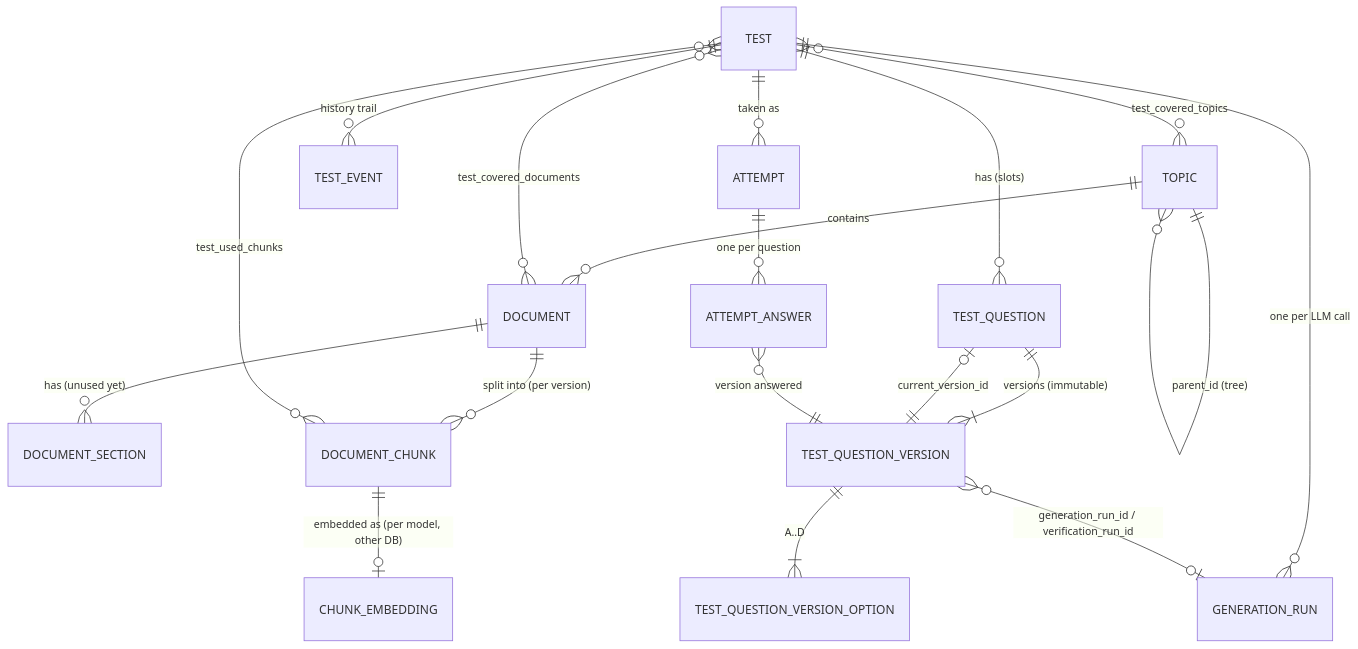
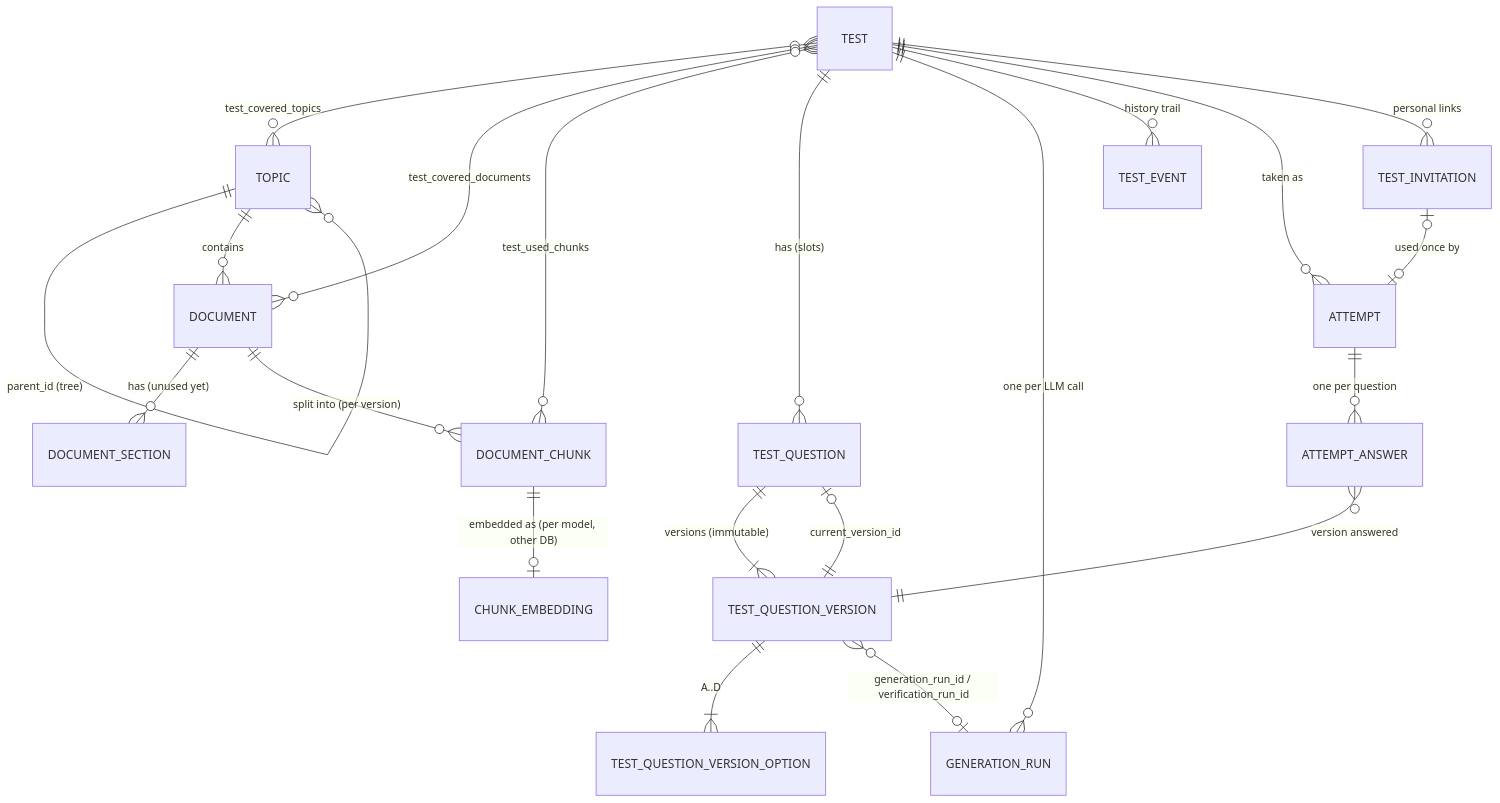
The second of 5 diagrams in docs/architecture/03-domain-model.md (irina981/know-gauge), drawn with Mermaid before and after one commit. The commit also changed other lines of this file and 73 other files, not shown here.

````diff
--- a/docs/architecture/03-domain-model.md
+++ b/docs/architecture/03-domain-model.md
@@ -37,21 +37,23 @@
 ```mermaid
 erDiagram
     TOPIC ||--o{ TOPIC : "parent_id (tree)"
     TOPIC ||--o{ DOCUMENT : contains
     DOCUMENT ||--o{ DOCUMENT_SECTION : "has (unused yet)"
     DOCUMENT ||--o{ DOCUMENT_CHUNK : "split into (per version)"
     DOCUMENT_CHUNK ||--o| CHUNK_EMBEDDING : "embedded as (per model, other DB)"
     TEST }o--o{ TOPIC : "test_covered_topics"
     TEST }o--o{ DOCUMENT : "test_covered_documents"
     TEST }o--o{ DOCUMENT_CHUNK : "test_used_chunks"
     TEST ||--o{ TEST_QUESTION : "has (slots)"
     TEST_QUESTION ||--|{ TEST_QUESTION_VERSION : "versions (immutable)"
     TEST_QUESTION |o--|| TEST_QUESTION_VERSION : "current_version_id"
     TEST_QUESTION_VERSION ||--|{ TEST_QUESTION_VERSION_OPTION : "A..D"
     TEST ||--o{ GENERATION_RUN : "one per LLM call"
     TEST_QUESTION_VERSION }o--o| GENERATION_RUN : "generation_run_id / verification_run_id"
     TEST ||--o{ TEST_EVENT : "history trail"
     TEST ||--o{ ATTEMPT : "taken as"
+    TEST ||--o{ TEST_INVITATION : "personal links"
+    TEST_INVITATION |o--o| ATTEMPT : "used once by"
     ATTEMPT ||--o{ ATTEMPT_ANSWER : "one per question"
     ATTEMPT_ANSWER }o--|| TEST_QUESTION_VERSION : "version answered"
 ```
````
